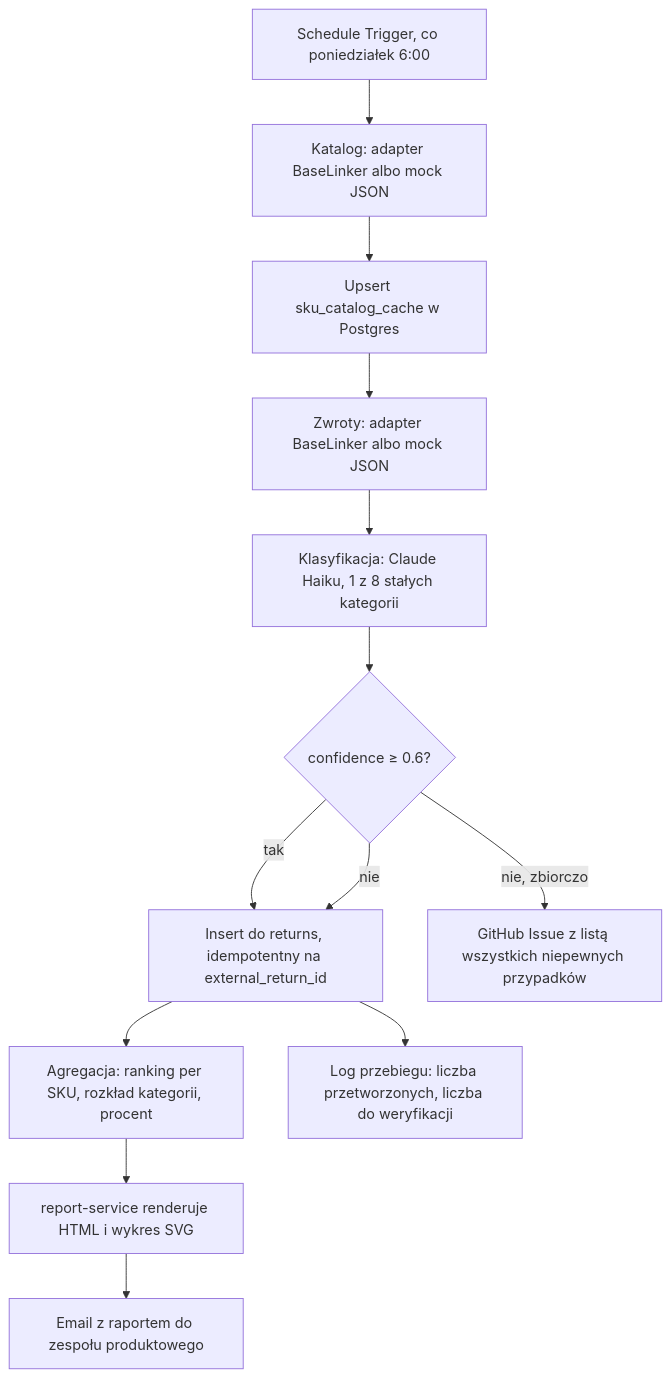
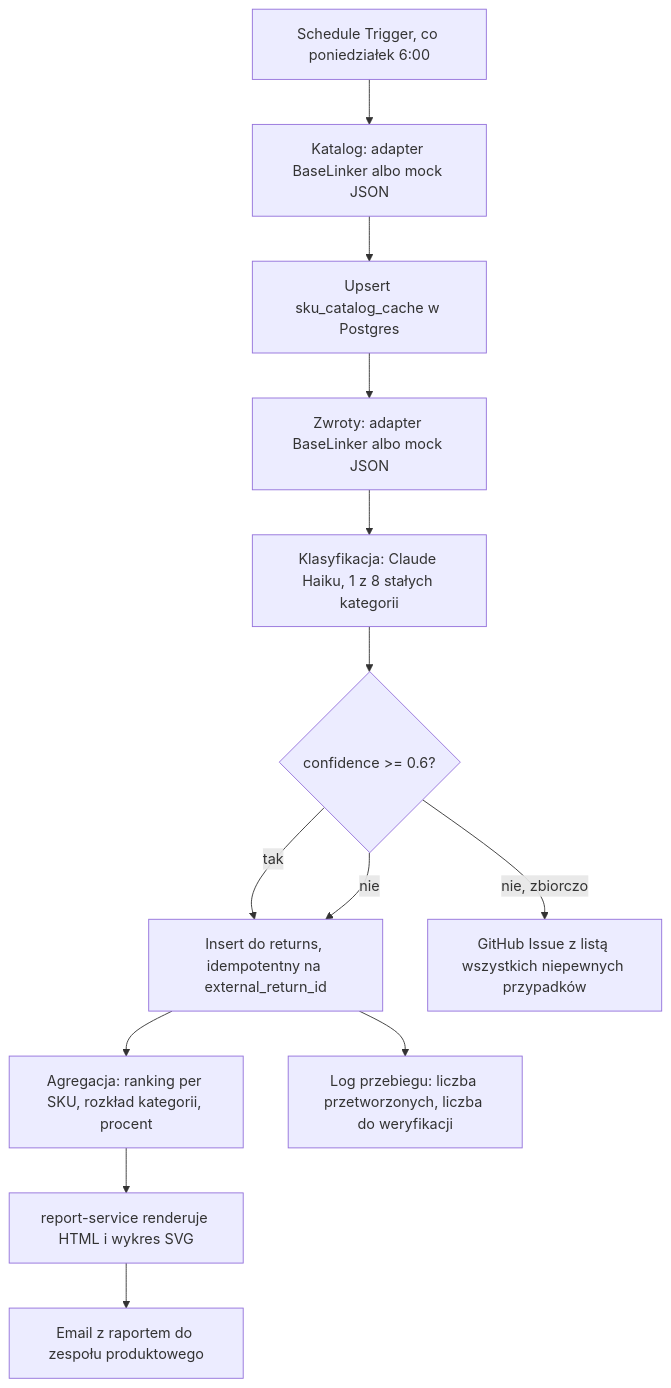
The diagram in README.pl.md (HubskiIT/returns-analysis-per-sku), drawn with Mermaid before and after one commit. The commit also changed other lines of this file and 1 other file, not shown here.

````diff
--- a/README.pl.md
+++ b/README.pl.md
@@ -17,15 +17,15 @@
 ```mermaid
 flowchart TD
     A[Schedule Trigger, co poniedziałek 6:00] --> B[Katalog: adapter BaseLinker albo mock JSON]
     B --> C[Upsert sku_catalog_cache w Postgres]
     C --> D[Zwroty: adapter BaseLinker albo mock JSON]
     D --> E[Klasyfikacja: Claude Haiku, 1 z 8 stałych kategorii]
-    E --> F{confidence ≥ 0.6?}
+    E --> F{confidence >= 0.6?}
     F -->|tak| G[Insert do returns, idempotentny na external_return_id]
     F -->|nie| G
     F -->|nie, zbiorczo| H[GitHub Issue z listą wszystkich niepewnych przypadków]
     G --> I[Agregacja: ranking per SKU, rozkład kategorii, procent]
     I --> J[report-service renderuje HTML i wykres SVG]
     J --> K[Email z raportem do zespołu produktowego]
     G --> L[Log przebiegu: liczba przetworzonych, liczba do weryfikacji]
 ```
````
